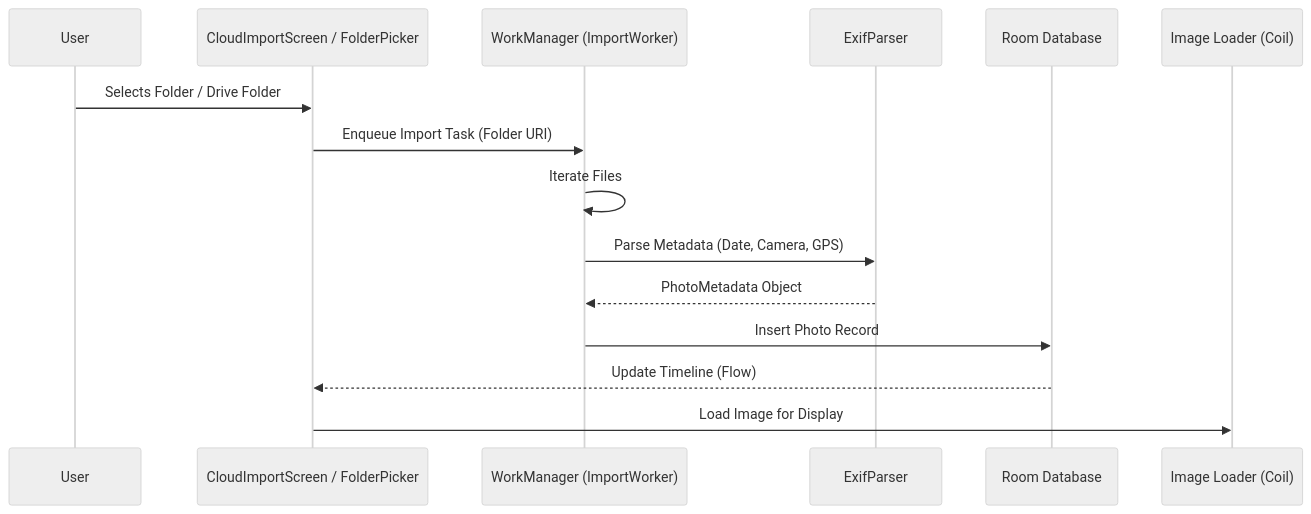
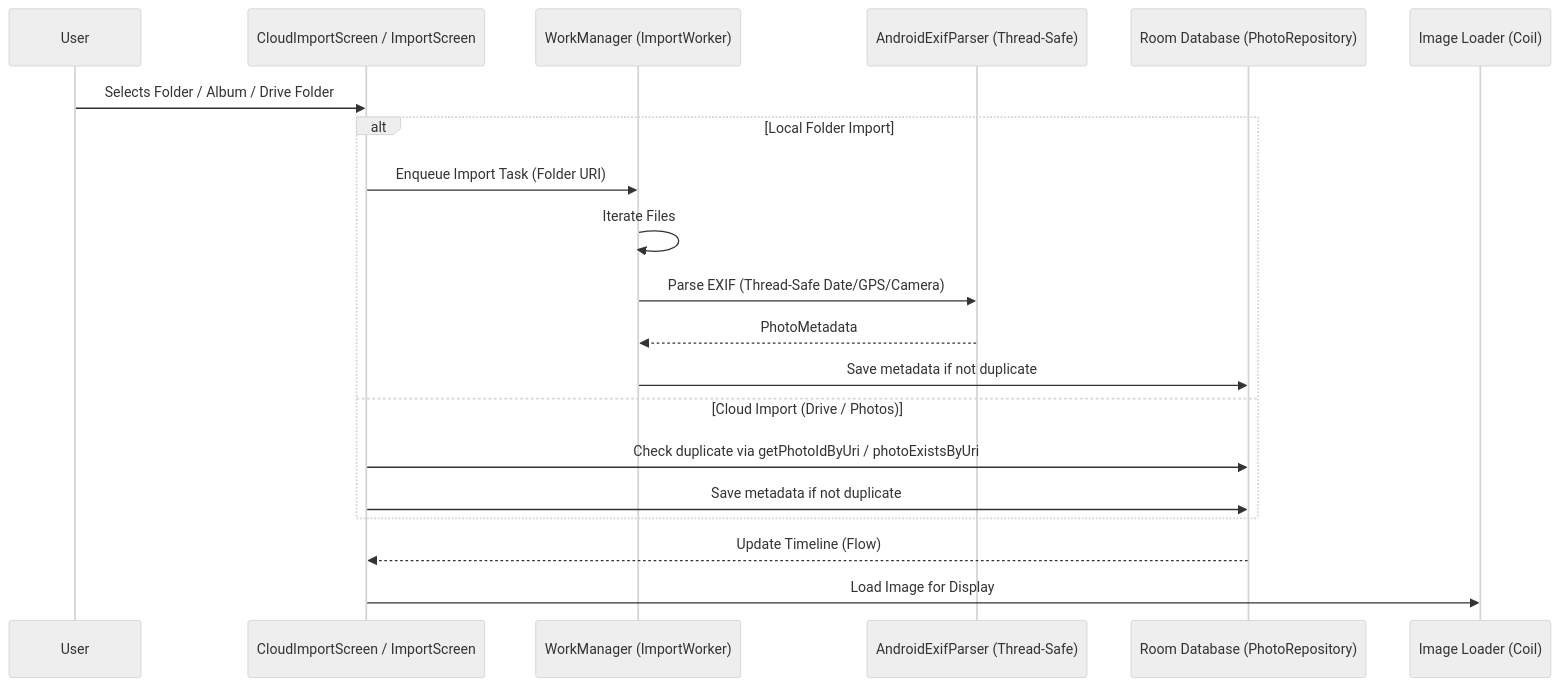
The second of 3 diagrams in architecture_visualization.md (tanthien0109-cpu/AeroChaser), drawn with Mermaid (neutral theme) before and after one commit. The commit also changed other lines of this file and 21 other files, not shown here.

````diff
--- a/architecture_visualization.md
+++ b/architecture_visualization.md
@@ -42,18 +42,23 @@
 ```mermaid
 sequenceDiagram
     participant User
-    participant UI as CloudImportScreen / FolderPicker
+    participant UI as CloudImportScreen / ImportScreen
     participant WM as WorkManager (ImportWorker)
-    participant EP as ExifParser
-    participant DB as Room Database
+    participant EP as AndroidExifParser (Thread-Safe)
+    participant DB as Room Database (PhotoRepository)
     participant Glide as Image Loader (Coil)
 
-    User->>UI: Selects Folder / Drive Folder
-    UI->>WM: Enqueue Import Task (Folder URI)
-    WM->>WM: Iterate Files
-    WM->>EP: Parse Metadata (Date, Camera, GPS)
-    EP-->>WM: PhotoMetadata Object
-    WM->>DB: Insert Photo Record
+    User->>UI: Selects Folder / Album / Drive Folder
+    alt Local Folder Import
+        UI->>WM: Enqueue Import Task (Folder URI)
+        WM->>WM: Iterate Files
+        WM->>EP: Parse EXIF (Thread-Safe Date/GPS/Camera)
+        EP-->>WM: PhotoMetadata
+        WM->>DB: Save metadata if not duplicate
+    else Cloud Import (Drive / Photos)
+        UI->>DB: Check duplicate via getPhotoIdByUri / photoExistsByUri
+        UI->>DB: Save metadata if not duplicate
+    end
     DB-->>UI: Update Timeline (Flow)
     UI->>Glide: Load Image for Display
 ```
````
